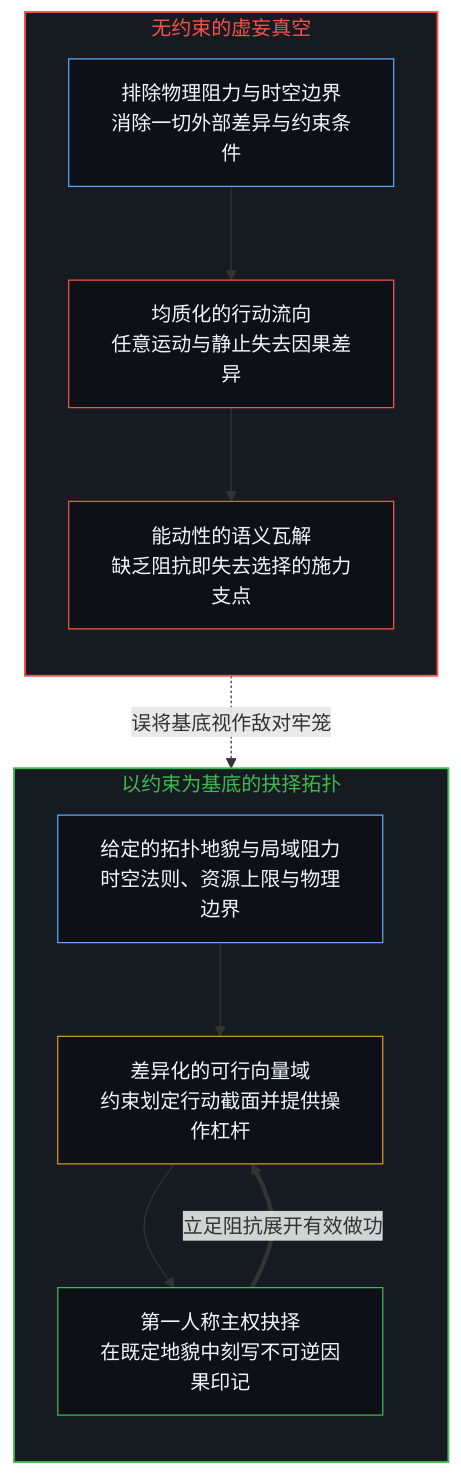
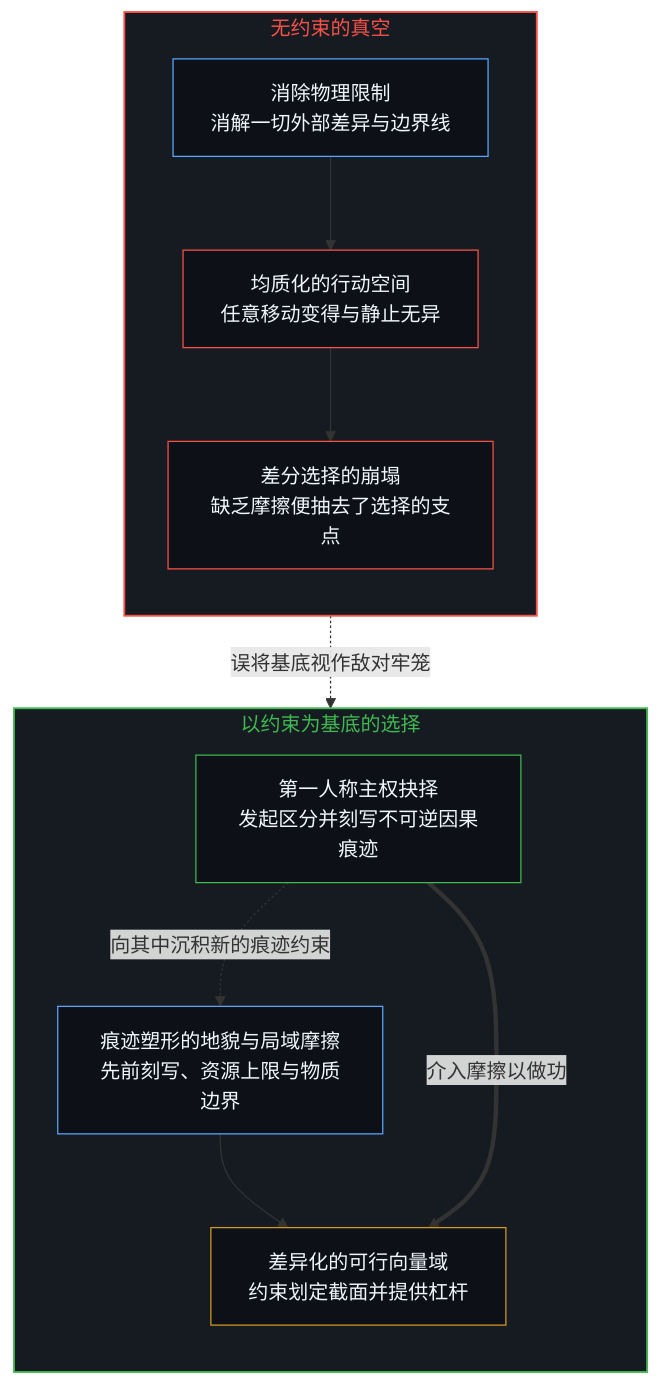
One commit to powerpig99/not-a-toe changed the first of 4 diagrams in content/posts/the-substrate-of-constraint-and-the-self-denial-of-freedom.md. Above: the diagram before and after it, drawn with Mermaid. The commit also changed other lines of this file and 3 other files, not shown here.

````diff
--- a/content/posts/the-substrate-of-constraint-and-the-self-denial-of-freedom.md
+++ b/content/posts/the-substrate-of-constraint-and-the-self-denial-of-freedom.md
@@ -17,23 +17,24 @@
 ```mermaid
 graph TD
-    subgraph S_Void ["无约束的虚妄真空"]
+    subgraph S_Void ["无约束的真空"]
         direction TB
-        V1["排除物理阻力与时空边界<br/>消除一切外部差异与约束条件"] --> V2["均质化的行动流向<br/>任意运动与静止失去因果差异"]
-        V2 --> V3["能动性的语义瓦解<br/>缺乏阻抗即失去选择的施力支点"]
+        V1["消除物理限制<br/>消解一切外部差异与边界线"] --> V2["均质化的行动空间<br/>任意移动变得与静止无异"]
+        V2 --> V3["差分选择的崩塌<br/>缺乏摩擦便抽去了选择的支点"]
     end
-    subgraph S_Substrate ["以约束为基底的抉择拓扑"]
+    subgraph S_Substrate ["以约束为基底的选择"]
         direction TB
-        S1["给定的拓扑地貌与局域阻力<br/>时空法则、资源上限与物理边界"] --> S2["差异化的可行向量域<br/>约束划定行动截面并提供操作杠杆"]
-        S2 --> S3["第一人称主权抉择<br/>在既定地貌中刻写不可逆因果印记"]
+        S3["第一人称主权抉择<br/>发起区分并刻写不可逆因果痕迹"]
+        S1["痕迹塑形的地貌与局域摩擦<br/>先前刻写、资源上限与物质边界"] --> S2["差异化的可行向量域<br/>约束划定截面并提供杠杆"]
     end
     V3 -.->|"误将基底视作敌对牢笼"| S1
-    S3 ==>|"立足阻抗展开有效做功"| S2
+    S3 -.->|"向其中沉积新的痕迹约束"| S1
+    S3 ==>|"介入摩擦以做功"| S2
     style S_Void fill:#161b22,stroke:#f85149,stroke-width:1.5px,color:#f85149
     style S_Substrate fill:#161b22,stroke:#3fb950,stroke-width:1.5px,color:#3fb950
     style V1 fill:#0d1117,stroke:#58a6ff,stroke-width:1px,color:#f0f6fc
     style V2 fill:#0d1117,stroke:#f85149,stroke-width:1px,color:#f0f6fc
     style V3 fill:#0d1117,stroke:#f85149,stroke-width:1px,color:#f0f6fc
     style S1 fill:#0d1117,stroke:#58a6ff,stroke-width:1px,color:#f0f6fc
     style S2 fill:#0d1117,stroke:#d29922,stroke-width:1px,color:#f0f6fc
     style S3 fill:#0d1117,stroke:#3fb950,stroke-width:1px,color:#f0f6fc
 ```
````
